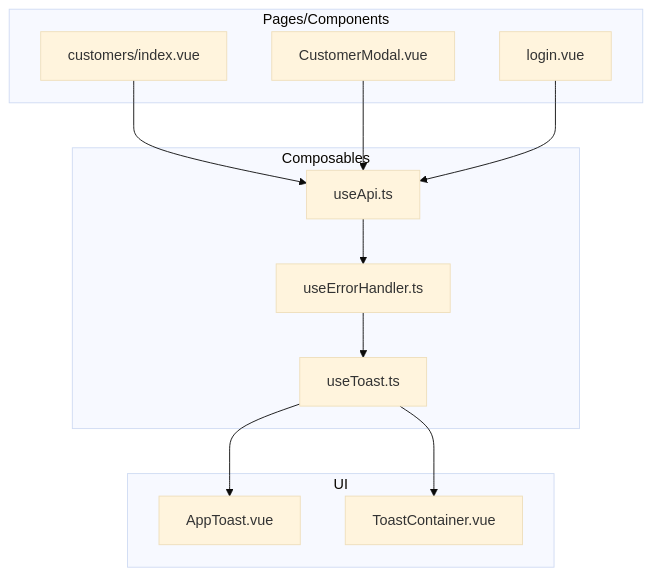
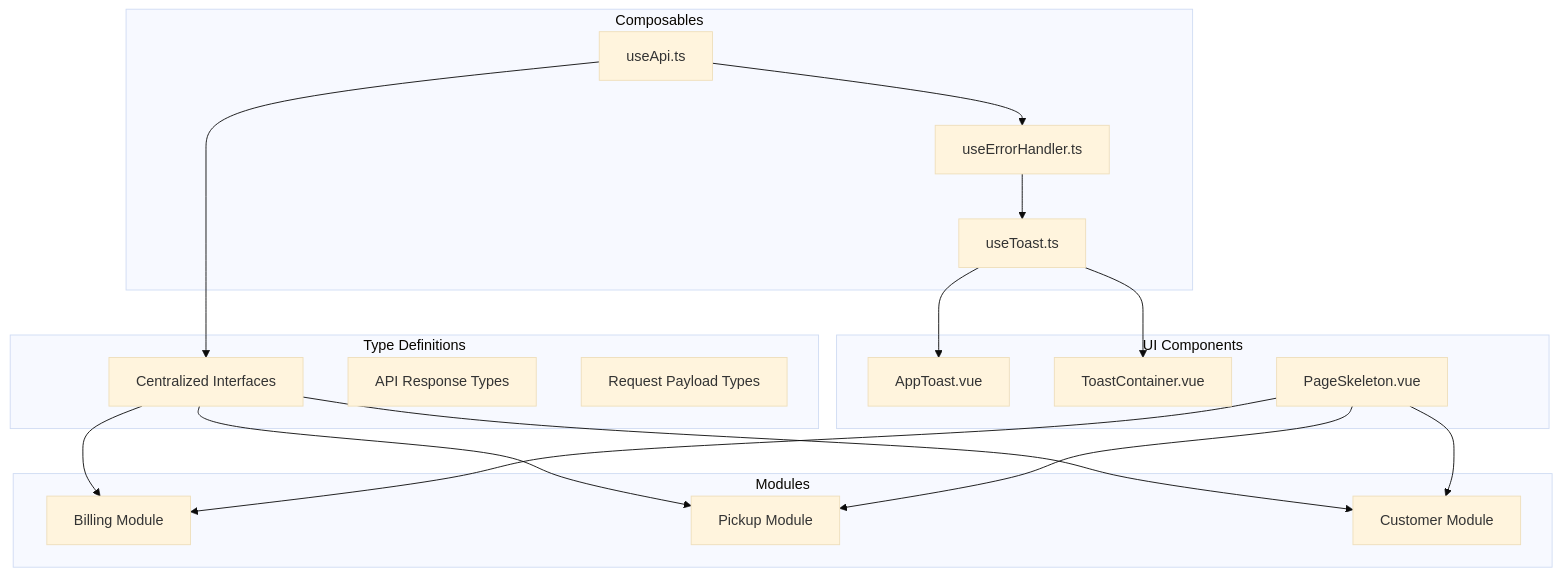
The first of 8 diagrams in .qoder/repowiki/en/content/Architecture & Design/API Integration & Communication.md (Lazynerd-Studios/lacarte-atlas-console), drawn with Mermaid (base theme) before and after one commit. The commit also changed other lines of this file and 14 other files, not shown here.

````diff
--- a/.qoder/repowiki/en/content/Architecture & Design/API Integration & Communication.md
+++ b/.qoder/repowiki/en/content/Architecture & Design/API Integration & Communication.md
@@ -47,24 +67,34 @@
 ```mermaid
 graph TB
 subgraph "Composables"
 A["useApi.ts"]
 B["useErrorHandler.ts"]
 C["useToast.ts"]
 end
-subgraph "UI"
-D["AppToast.vue"]
-E["ToastContainer.vue"]
+subgraph "Type Definitions"
+D["Centralized Interfaces"]
+E["API Response Types"]
+F["Request Payload Types"]
 end
-subgraph "Pages/Components"
-F["customers/index.vue"]
-G["CustomerModal.vue"]
-H["login.vue"]
+subgraph "UI Components"
+G["AppToast.vue"]
+H["ToastContainer.vue"]
+I["PageSkeleton.vue"]
+end
+subgraph "Modules"
+J["Billing Module"]
+K["Pickup Module"]
+L["Customer Module"]
 end
 A --> B
 B --> C
-C --> D
-C --> E
-F --> A
-G --> A
-H --> A
+C --> G
+C --> H
+A --> D
+D --> J
+D --> K
+D --> L
+I --> J
+I --> K
+I --> L
 ```
````
